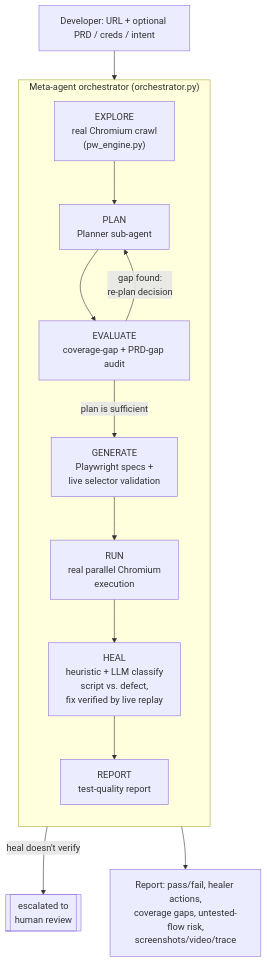
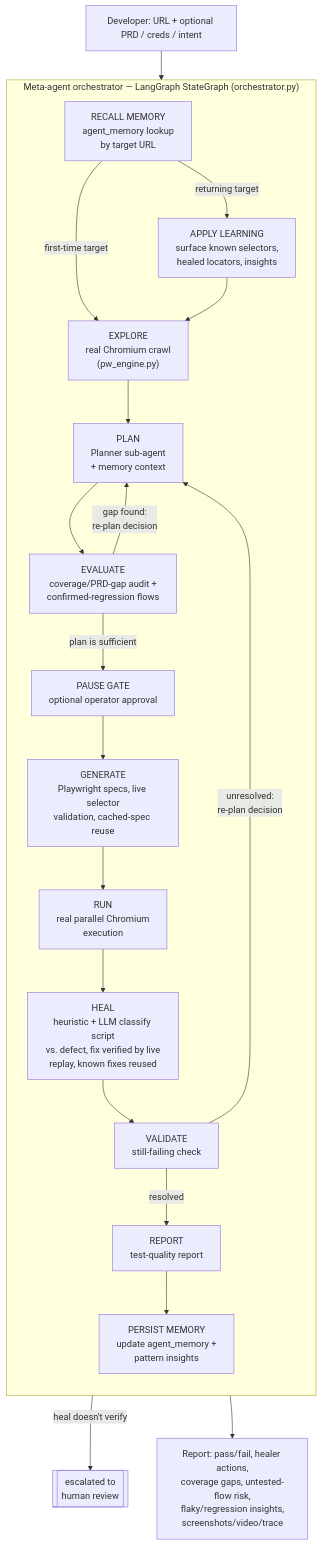
Before and after one commit to rishikajassal98/qalchemist: the diagram in README.md, drawn with Mermaid. The commit also changed other lines of this file and 3 other files, not shown here.

````diff
--- a/README.md
+++ b/README.md
@@ -25,19 +41,26 @@
 ```mermaid
 flowchart TD
     U[Developer: URL + optional PRD / creds / intent] --> META
 
-    subgraph META["Meta-agent orchestrator (orchestrator.py)"]
+    subgraph META["Meta-agent orchestrator — LangGraph StateGraph (orchestrator.py)"]
         direction TB
+        RECALL["RECALL MEMORY<br/>agent_memory lookup<br/>by target URL"] -->|"returning target"| LEARN
+        RECALL -->|"first-time target"| EXPLORE
+        LEARN["APPLY LEARNING<br/>surface known selectors,<br/>healed locators, insights"] --> EXPLORE
         EXPLORE["EXPLORE<br/>real Chromium crawl<br/>(pw_engine.py)"] --> PLAN
-        PLAN["PLAN<br/>Planner sub-agent"] --> EVAL
-        EVAL["EVALUATE<br/>coverage-gap + PRD-gap audit"] -->|"gap found:<br/>re-plan decision"| PLAN
-        EVAL -->|"plan is sufficient"| GEN
-        GEN["GENERATE<br/>Playwright specs +<br/>live selector validation"] --> RUN
+        PLAN["PLAN<br/>Planner sub-agent<br/>+ memory context"] --> EVAL
+        EVAL["EVALUATE<br/>coverage/PRD-gap audit +<br/>confirmed-regression flows"] -->|"gap found:<br/>re-plan decision"| PLAN
+        EVAL -->|"plan is sufficient"| GATE
+        GATE["PAUSE GATE<br/>optional operator approval"] --> GEN
+        GEN["GENERATE<br/>Playwright specs, live selector<br/>validation, cached-spec reuse"] --> RUN
         RUN["RUN<br/>real parallel Chromium<br/>execution"] --> HEAL
-        HEAL["HEAL<br/>heuristic + LLM classify<br/>script vs. defect,<br/>fix verified by live replay"] --> REPORT
-        REPORT["REPORT<br/>test-quality report"]
+        HEAL["HEAL<br/>heuristic + LLM classify script<br/>vs. defect, fix verified by live<br/>replay, known fixes reused"] --> VALIDATE
+        VALIDATE["VALIDATE<br/>still-failing check"] -->|"unresolved:<br/>re-plan decision"| PLAN
+        VALIDATE -->|"resolved"| REPORT
+        REPORT["REPORT<br/>test-quality report"] --> PERSIST
+        PERSIST["PERSIST MEMORY<br/>update agent_memory +<br/>pattern insights"]
     end
 
     HEAL -->|"heal doesn't verify"| ESCALATE[["escalated to<br/>human review"]]
-    REPORT --> OUT[Report: pass/fail, healer actions,<br/>coverage gaps, untested-flow risk,<br/>screenshots/video/trace]
+    PERSIST --> OUT[Report: pass/fail, healer actions,<br/>coverage gaps, untested-flow risk,<br/>flaky/regression insights,<br/>screenshots/video/trace]
 ```
````
